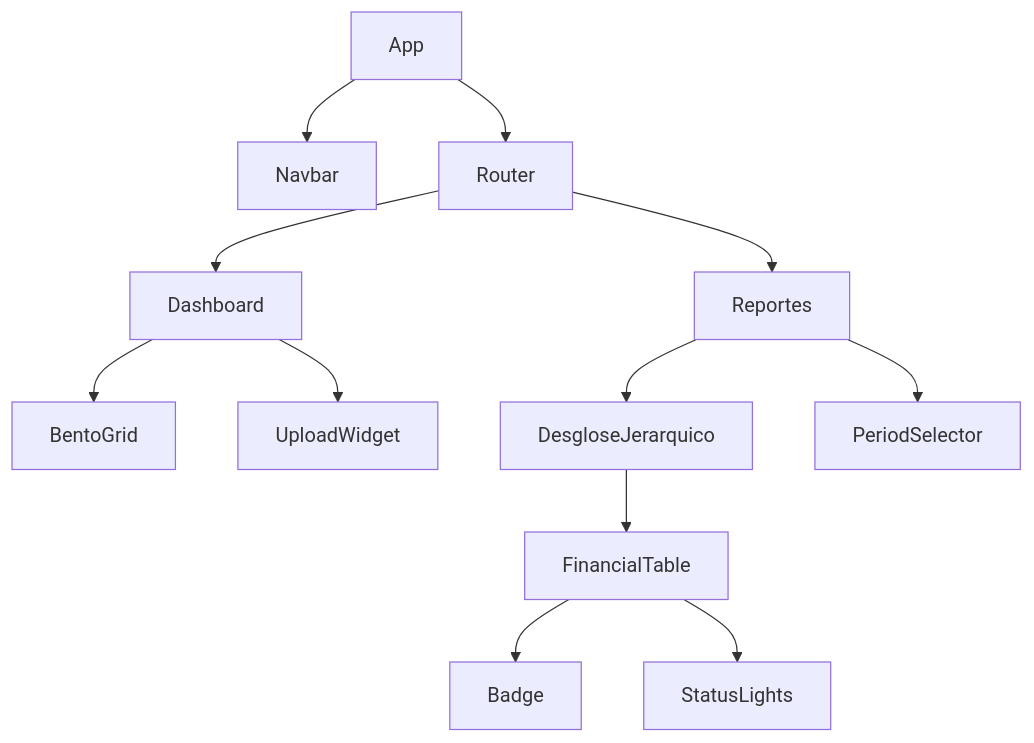
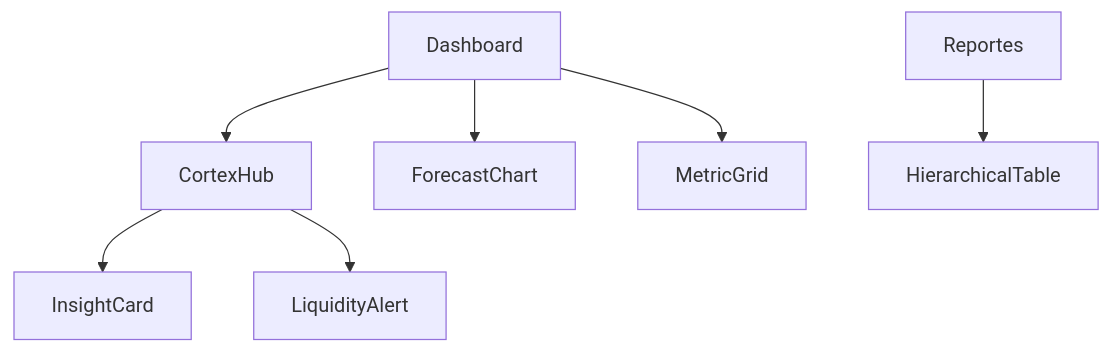
The diagram in MAPS/component_inventory.md (TORIBUSTOS/tauros-prime), drawn with Mermaid before and after one commit. The commit also changed other lines of this file and 31 other files, not shown here.

````diff
--- a/MAPS/component_inventory.md
+++ b/MAPS/component_inventory.md
@@ -61,14 +33,9 @@
 ```mermaid
 graph TD
-    App --> Navbar
-    App --> Router
-    Router --> Dashboard
-    Router --> Reportes
-    Dashboard --> BentoGrid
-    Dashboard --> UploadWidget
-    Reportes --> DesgloseJerarquico
-    Reportes --> PeriodSelector
-    DesgloseJerarquico --> FinancialTable
-    FinancialTable --> Badge
-    FinancialTable --> StatusLights
+    Dashboard --> CortexHub
+    CortexHub --> InsightCard
+    CortexHub --> LiquidityAlert
+    Dashboard --> ForecastChart
+    Dashboard --> MetricGrid
+    Reportes --> HierarchicalTable
 ```
````
